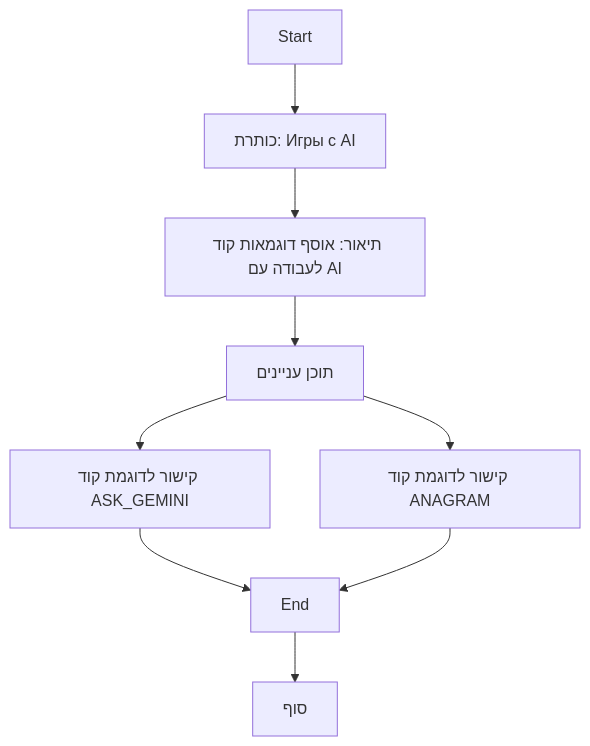
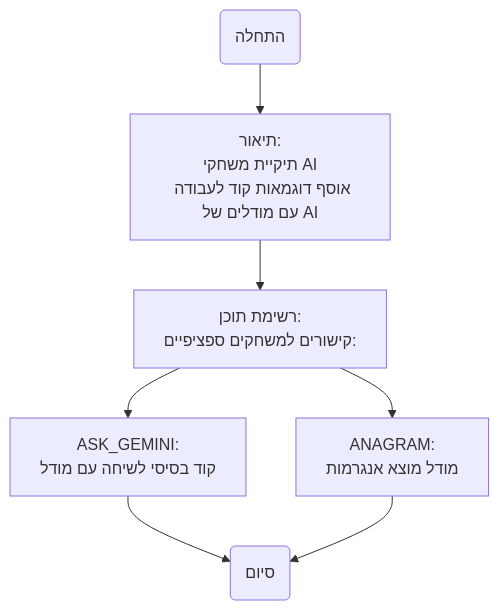
The diagram in docs/gemini/he/explainer/src/endpoints/ai_games/101_basic_computer_games/ru/GAMES/AI/README.MD.md (hypo69/hypo), drawn with Mermaid before and after one commit. The commit also changed other lines of this file and 885 other files, not shown here.

````diff
--- a/docs/gemini/he/explainer/src/endpoints/ai_games/101_basic_computer_games/ru/GAMES/AI/README.MD.md
+++ b/docs/gemini/he/explainer/src/endpoints/ai_games/101_basic_computer_games/ru/GAMES/AI/README.MD.md
@@ -17,11 +21,9 @@
 ```mermaid
 flowchart TD
-    Start --> Title[כותרת: Игры с AI]
-    Title --> Description[תיאור: אוסף דוגמאות קוד לעבודה עם AI]
-    Description --> TOC[תוכן עניינים]
-    TOC --> ASK_GEMINI_Link[קישור לדוגמת קוד ASK_GEMINI]
-    TOC --> ANAGRAM_Link[קישור לדוגמת קוד ANAGRAM]
-    ASK_GEMINI_Link --> End
-    ANAGRAM_Link --> End
-    End --> Stop[סוף]
+    Start(התחלה) --> Description[תיאור:<br>תיקיית משחקי AI<br>אוסף דוגמאות קוד לעבודה עם מודלים של AI]
+    Description --> ContentList[רשימת תוכן:<br>קישורים למשחקים ספציפיים:]
+    ContentList --> ASK_GEMINI[ASK_GEMINI:<br>קוד בסיסי לשיחה עם מודל]
+    ContentList --> ANAGRAM[ANAGRAM:<br>מודל מוצא אנגרמות]
+    ASK_GEMINI --> End(סיום)
+    ANAGRAM --> End
 ```
````
